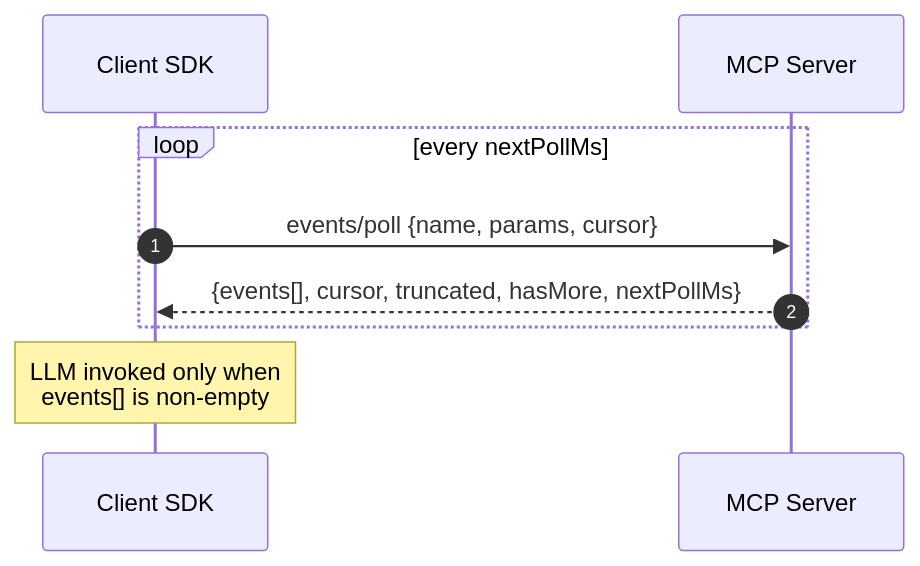
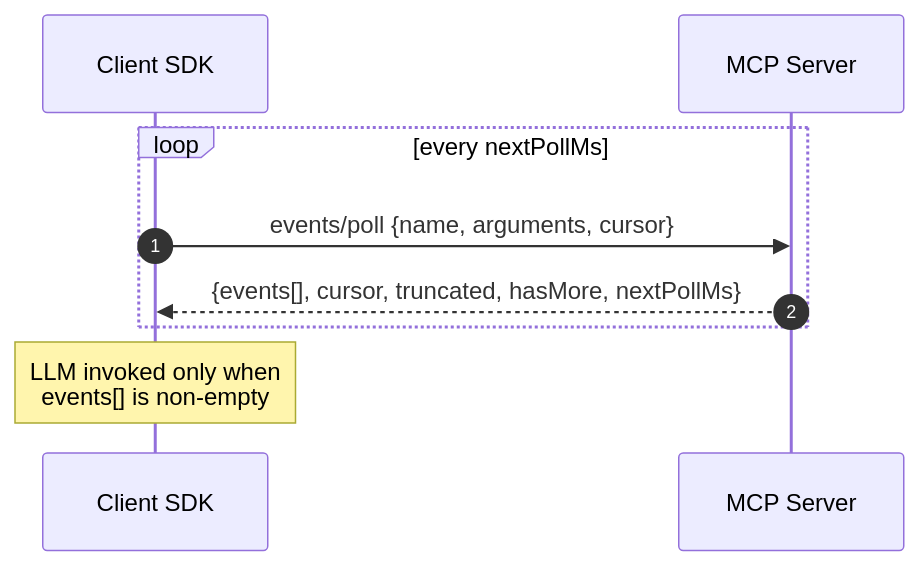
Before and after one commit to modelcontextprotocol/experimental-ext-triggers-events: the first of 4 diagrams in docs/design-sketch-proposal.md, drawn with Mermaid. The commit also changed other lines of this file, not shown here.

First line of the commit message:
Rename inner subscription params field to arguments

````diff
--- a/docs/design-sketch-proposal.md
+++ b/docs/design-sketch-proposal.md
@@ -123,12 +123,12 @@
 ```mermaid
 sequenceDiagram
     autonumber
     participant SDK as Client SDK
     participant Server as MCP Server
 
     loop every nextPollMs
-        SDK->>Server: events/poll {name, params, cursor}
+        SDK->>Server: events/poll {name, arguments, cursor}
         Server-->>SDK: {events[], cursor, truncated, hasMore, nextPollMs}
     end
     Note over SDK: LLM invoked only when<br/>events[] is non-empty
 ```
````
